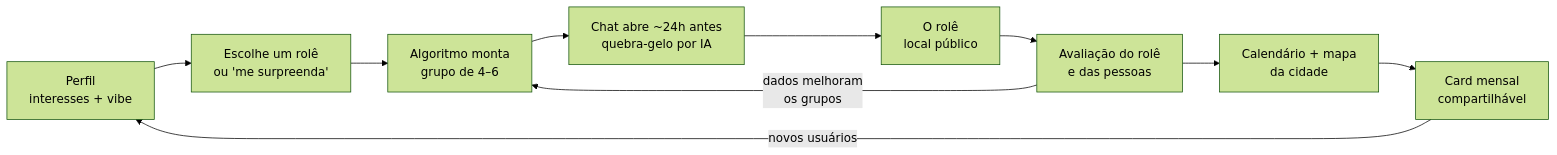
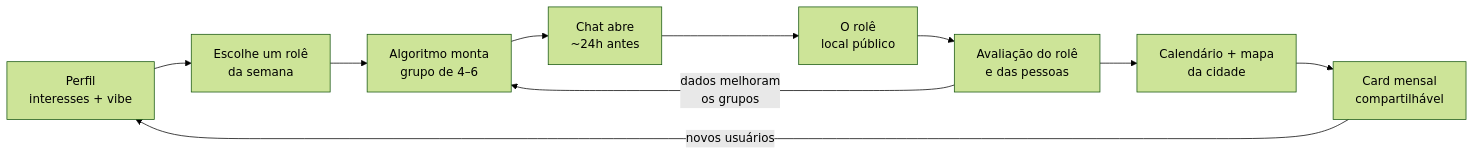
One commit to nicolasksoares/Guide.app changed the diagram in docs/01-visao-produto.md. Above: the diagram before and after it, drawn with Mermaid (forest theme). The commit also changed other lines of this file and 8 other files, not shown here.

````diff
--- a/docs/01-visao-produto.md
+++ b/docs/01-visao-produto.md
@@ -44,12 +44,12 @@
 ```mermaid
 flowchart LR
-    A[Perfil<br/>interesses + vibe] --> B[Escolhe um rolê<br/>ou 'me surpreenda']
+    A[Perfil<br/>interesses + vibe] --> B[Escolhe um rolê<br/>da semana]
     B --> C[Algoritmo monta<br/>grupo de 4–6]
-    C --> D[Chat abre ~24h antes<br/>quebra-gelo por IA]
+    C --> D[Chat abre<br/>~24h antes]
     D --> E[O rolê<br/>local público]
     E --> F[Avaliação do rolê<br/>e das pessoas]
     F --> G[Calendário + mapa<br/>da cidade]
     G --> H[Card mensal<br/>compartilhável]
     H -->|novos usuários| A
     F -->|dados melhoram<br/>os grupos| C
 ```
````
